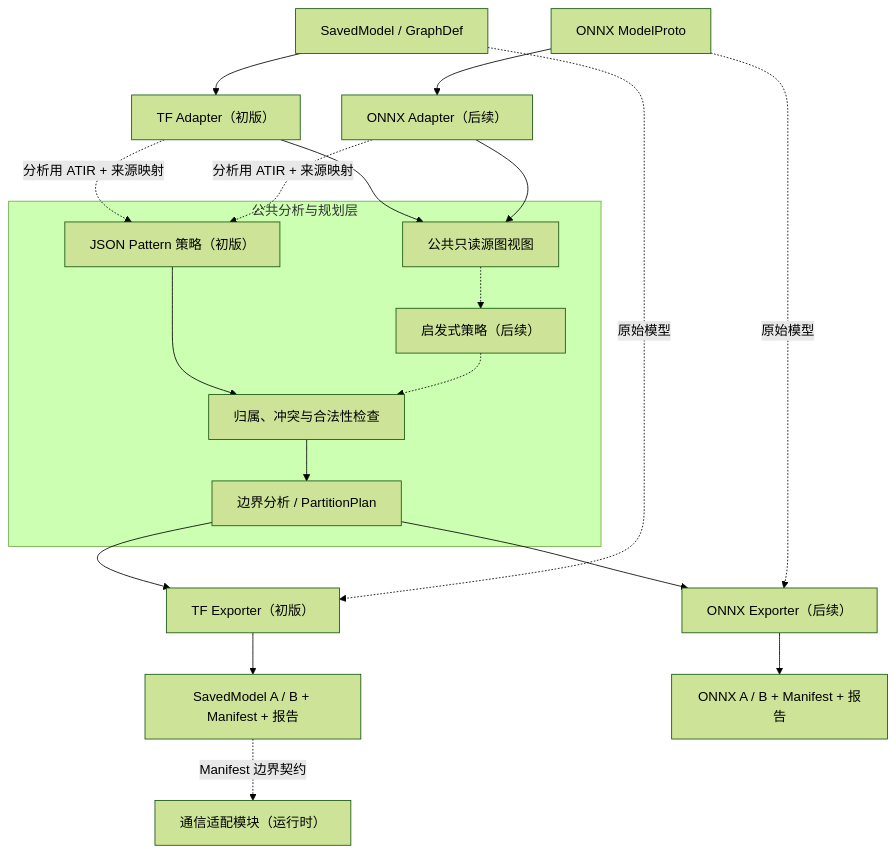
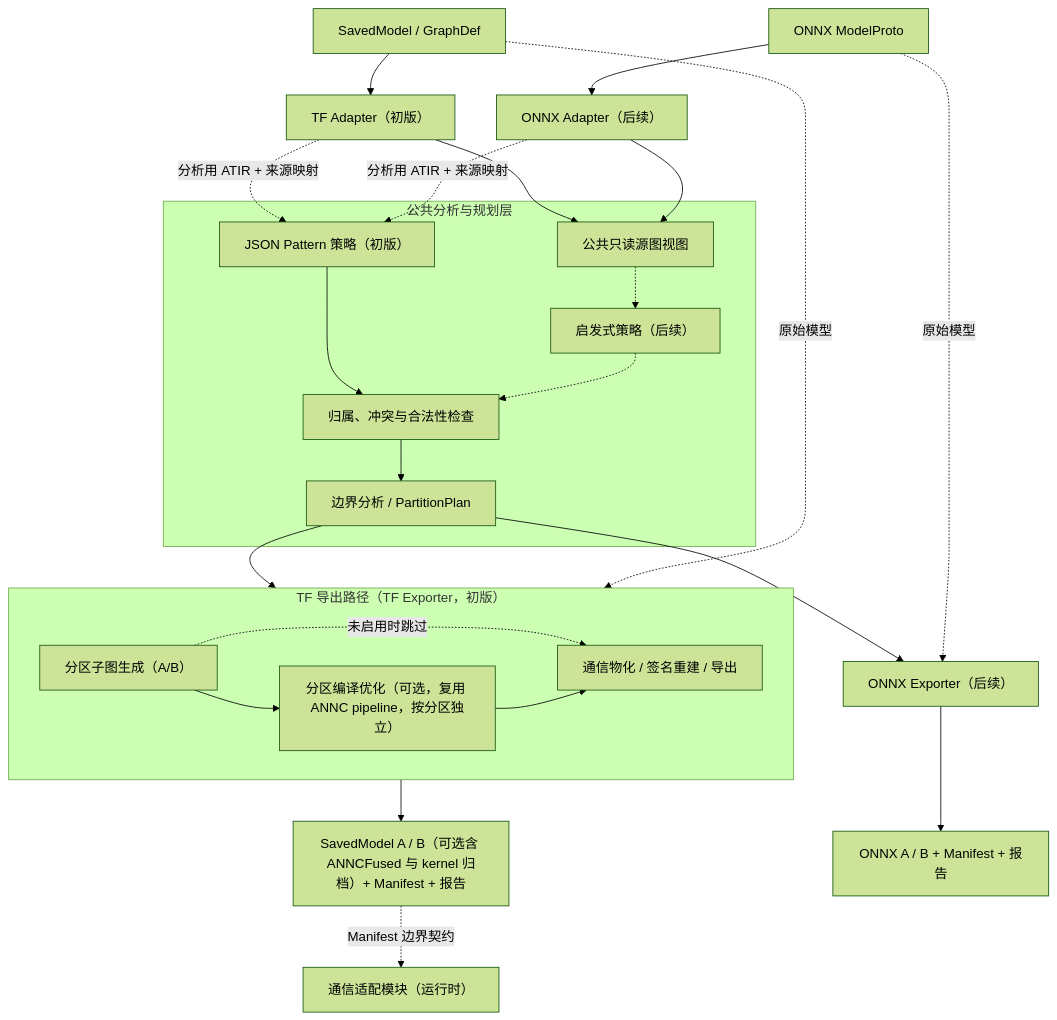
The diagram in docs/design/annc-partition/overview.md (openeuler-mirror/ANNC), drawn with Mermaid (forest theme) before and after one commit. The commit also changed other lines of this file and 8 other files, not shown here.

````diff
--- a/docs/design/annc-partition/overview.md
+++ b/docs/design/annc-partition/overview.md
@@ -132,22 +136,30 @@
 ```mermaid
 flowchart TB
     TF["SavedModel / GraphDef"] --> TFA["TF Adapter（初版）"]
     ONNX["ONNX ModelProto"] --> ONXA["ONNX Adapter（后续）"]
     TFA --> VIEW["公共只读源图视图"]
     ONXA --> VIEW
     subgraph SHARED["公共分析与规划层"]
         MATCH["JSON Pattern 策略（初版）"] --> ASSIGN["归属、冲突与合法性检查"]
         VIEW -.-> HEURISTIC["启发式策略（后续）"]
         HEURISTIC -.-> ASSIGN
         ASSIGN --> PLAN["边界分析 / PartitionPlan"]
     end
     TFA -. "分析用 ATIR + 来源映射" .-> MATCH
     ONXA -. "分析用 ATIR + 来源映射" .-> MATCH
-    PLAN --> TFE["TF Exporter（初版）"]
+    subgraph TFEXP["TF 导出路径（TF Exporter，初版）"]
+        CUT["分区子图生成（A/B）"]
+        OPT["分区编译优化（可选，复用 ANNC pipeline，按分区独立）"]
+        FIN["通信物化 / 签名重建 / 导出"]
+        CUT --> OPT
+        CUT -. "未启用时跳过" .-> FIN
+        OPT --> FIN
+    end
+    PLAN --> TFEXP
     PLAN --> ONXE["ONNX Exporter（后续）"]
-    TF -. "原始模型" .-> TFE
+    TF -. "原始模型" .-> TFEXP
     ONNX -. "原始模型" .-> ONXE
-    TFE --> TFO["SavedModel A / B + Manifest + 报告"]
+    TFEXP --> TFO["SavedModel A / B（可选含 ANNCFused 与 kernel 归档）+ Manifest + 报告"]
     TFO -. "Manifest 边界契约" .-> COMM["通信适配模块（运行时）"]
     ONXE --> ONXO["ONNX A / B + Manifest + 报告"]
 ```
````
